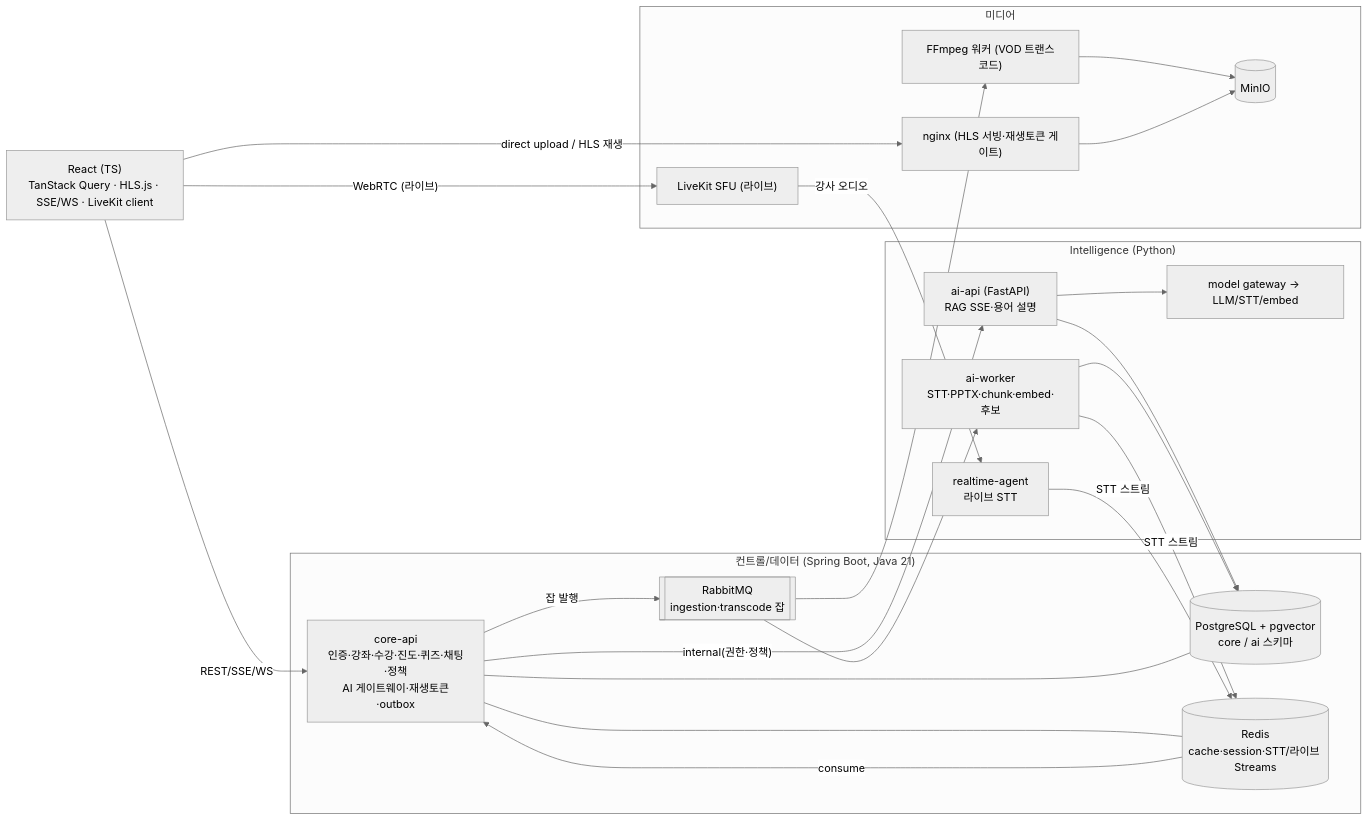
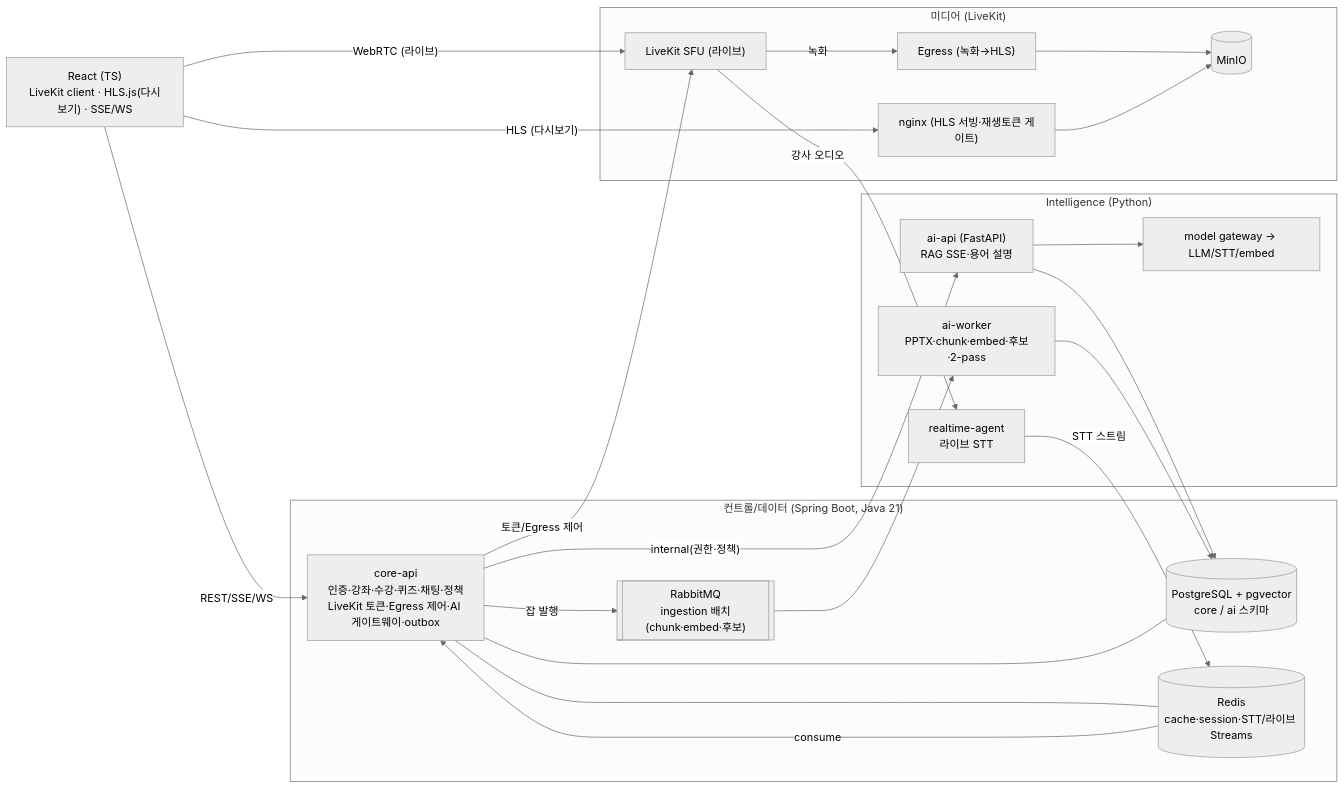
One commit to thdwjdrl401/jiphyeonjeon changed the first of 5 diagrams in docs/ARCHITECTURE.md. Above: the diagram before and after it, drawn with Mermaid (neutral theme). The commit also changed other lines of this file and 4 other files, not shown here.

First line of the commit message:
docs: 완전 라이브 지향 전환 — ARCHITECTURE·ADR 개정

````diff
--- a/docs/ARCHITECTURE.md
+++ b/docs/ARCHITECTURE.md
@@ -38,41 +37,41 @@
 ```mermaid
 flowchart LR
-  FE["React (TS)<br/>TanStack Query · HLS.js · SSE/WS · LiveKit client"]
+  FE["React (TS)<br/>LiveKit client · HLS.js(다시보기) · SSE/WS"]
   subgraph CTRL["컨트롤/데이터 (Spring Boot, Java 21)"]
-    SP["core-api<br/>인증·강좌·수강·진도·퀴즈·채팅·정책<br/>AI 게이트웨이·재생토큰·outbox"]
+    SP["core-api<br/>인증·강좌·수강·퀴즈·채팅·정책<br/>LiveKit 토큰·Egress 제어·AI 게이트웨이·outbox"]
     PG[("PostgreSQL + pgvector<br/>core / ai 스키마")]
     RD[("Redis<br/>cache·session·STT/라이브 Streams")]
-    MQ[["RabbitMQ<br/>ingestion·transcode 잡"]]
+    MQ[["RabbitMQ<br/>ingestion 배치(chunk·embed·후보)"]]
   end
   subgraph AI["Intelligence (Python)"]
+    AG["realtime-agent<br/>라이브 STT"]
     API["ai-api (FastAPI)<br/>RAG SSE·용어 설명"]
-    WK["ai-worker<br/>STT·PPTX·chunk·embed·후보"]
-    AG["realtime-agent<br/>라이브 STT"]
+    WK["ai-worker<br/>PPTX·chunk·embed·후보·2-pass"]
     GW["model gateway → LLM/STT/embed"]
   end
-  subgraph MEDIA["미디어"]
+  subgraph MEDIA["미디어 (LiveKit)"]
     LK["LiveKit SFU (라이브)"]
-    FF["FFmpeg 워커 (VOD 트랜스코드)"]
+    EG["Egress (녹화→HLS)"]
     OBJ[("MinIO")]
     NGX["nginx (HLS 서빙·재생토큰 게이트)"]
   end
 
   FE -- "REST/SSE/WS" --> SP
-  FE -- "direct upload / HLS 재생" --> NGX
   FE -- "WebRTC (라이브)" --> LK
+  FE -- "HLS (다시보기)" --> NGX
+  SP -- "토큰/Egress 제어" --> LK
   SP --- PG
   SP --- RD
   SP -- "잡 발행" --> MQ
   SP -- "internal(권한·정책)" --> API
   MQ --> WK
-  MQ --> FF
+  LK -- "강사 오디오" --> AG
+  AG -- "STT 스트림" --> RD
+  RD -- "consume" --> SP
+  LK -- "녹화" --> EG
+  EG --> OBJ
+  NGX --> OBJ
   API --> PG
   API --> GW
   WK --> PG
-  WK -- "STT 스트림" --> RD
-  RD -- "consume" --> SP
-  AG -- "STT 스트림" --> RD
-  LK -- "강사 오디오" --> AG
-  FF --> OBJ
-  NGX --> OBJ
 ```
````
